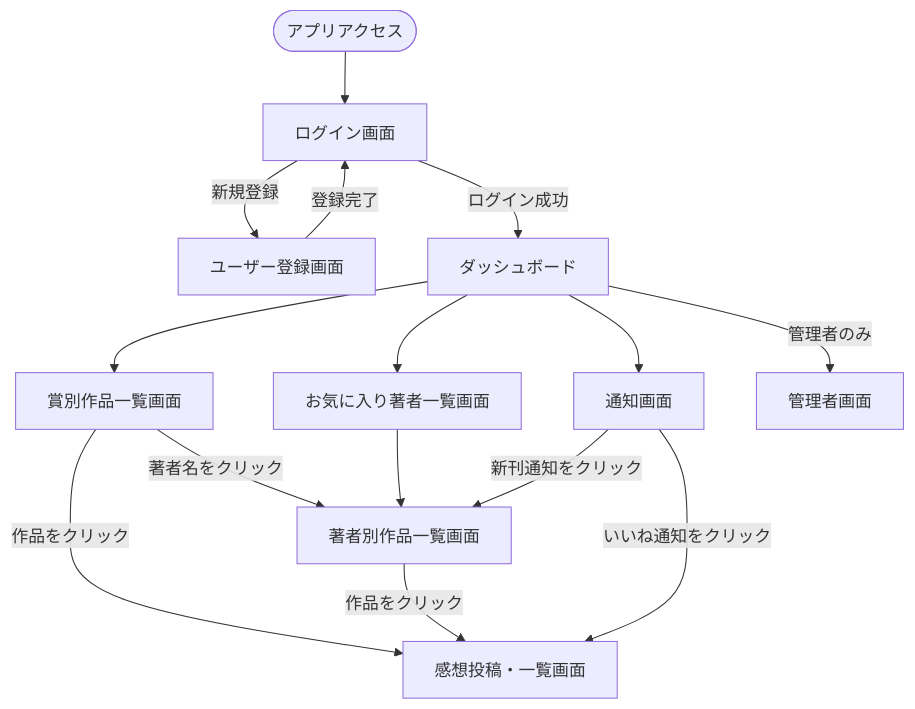
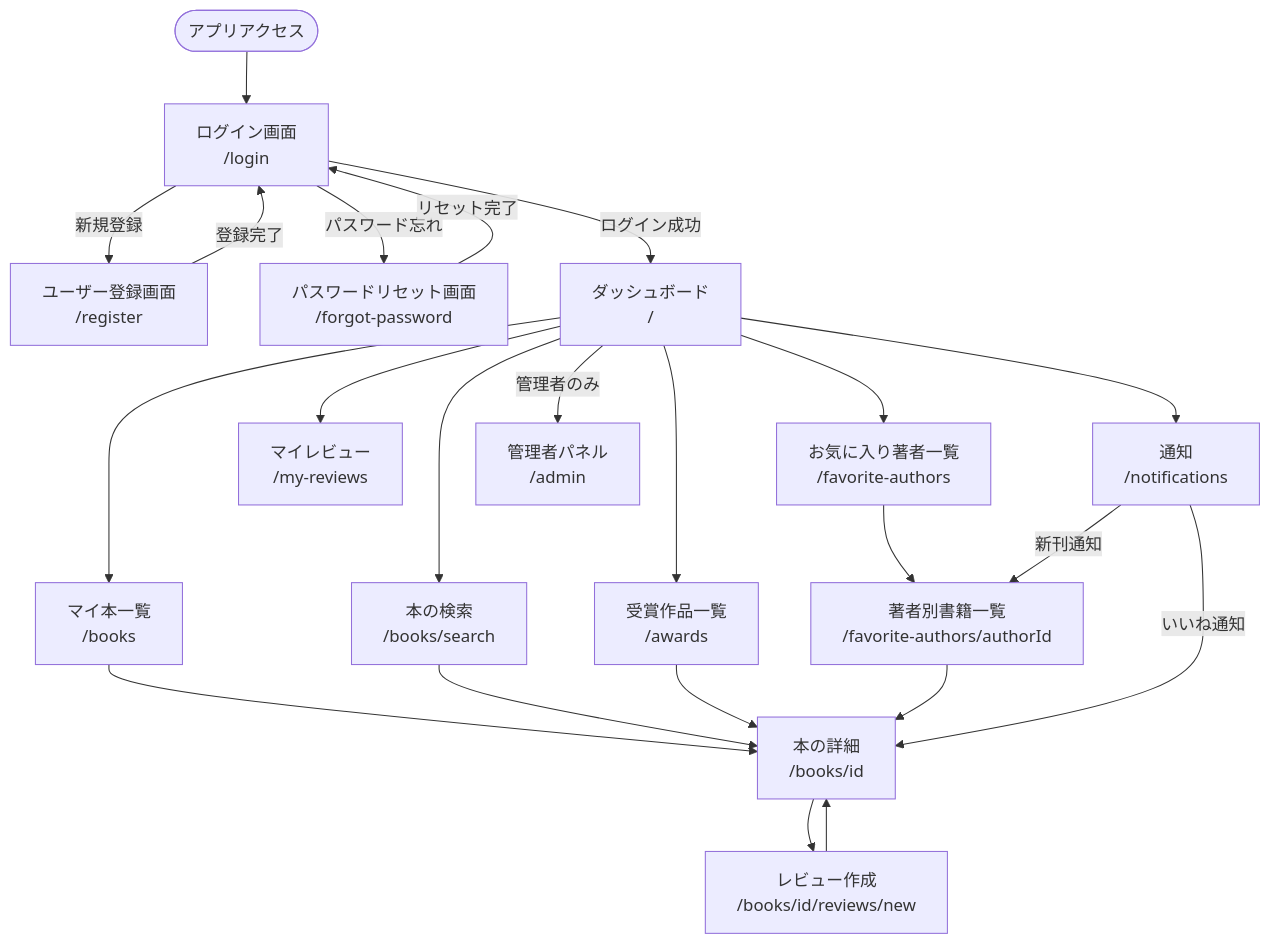
One commit to yamamotonaoki3/MyBookLibrary changed the diagram in docs/screen-transition.md. Above: the diagram before and after it, drawn with Mermaid. The commit also changed other lines of this file and 3 other files, not shown here.

Commit message:
docs: 要件定義書・ER図・画面遷移図・READMEを現状の実装に合わせて更新する

````diff
--- a/docs/screen-transition.md
+++ b/docs/screen-transition.md
@@ -3,22 +3,31 @@
 ```mermaid
 flowchart TD
-    START([アプリアクセス]) --> LOGIN[ログイン画面]
+    START([アプリアクセス]) --> LOGIN[ログイン画面\n/login]
 
-    LOGIN --> |新規登録| REGISTER[ユーザー登録画面]
+    LOGIN --> |新規登録| REGISTER[ユーザー登録画面\n/register]
+    LOGIN --> |パスワード忘れ| FORGOT[パスワードリセット画面\n/forgot-password]
     REGISTER --> |登録完了| LOGIN
-    LOGIN --> |ログイン成功| DASHBOARD[ダッシュボード]
+    FORGOT --> |リセット完了| LOGIN
+    LOGIN --> |ログイン成功| DASHBOARD[ダッシュボード\n/]
 
-    DASHBOARD --> AWARD[賞別作品一覧画面]
-    DASHBOARD --> FAVORITE[お気に入り著者一覧画面]
-    DASHBOARD --> NOTIFY[通知画面]
-    DASHBOARD --> |管理者のみ| ADMIN[管理者画面]
+    DASHBOARD --> BOOKS[マイ本一覧\n/books]
+    DASHBOARD --> SEARCH[本の検索\n/books/search]
+    DASHBOARD --> AWARD[受賞作品一覧\n/awards]
+    DASHBOARD --> FAVORITE[お気に入り著者一覧\n/favorite-authors]
+    DASHBOARD --> MYREVIEWS[マイレビュー\n/my-reviews]
+    DASHBOARD --> NOTIFY[通知\n/notifications]
+    DASHBOARD --> |管理者のみ| ADMIN[管理者パネル\n/admin]
 
-    AWARD --> |作品をクリック| REVIEW[感想投稿・一覧画面]
-    AWARD --> |著者名をクリック| AUTHOR[著者別作品一覧画面]
+    BOOKS --> BOOKDETAIL[本の詳細\n/books/id]
+    SEARCH --> BOOKDETAIL
+    AWARD --> BOOKDETAIL
 
-    FAVORITE --> AUTHOR
-    AUTHOR --> |作品をクリック| REVIEW
+    BOOKDETAIL --> REVIEWNEW[レビュー作成\n/books/id/reviews/new]
+    REVIEWNEW --> BOOKDETAIL
 
-    NOTIFY --> |新刊通知をクリック| AUTHOR
-    NOTIFY --> |いいね通知をクリック| REVIEW
+    FAVORITE --> AUTHORDETAIL[著者別書籍一覧\n/favorite-authors/authorId]
+    AUTHORDETAIL --> BOOKDETAIL
+
+    NOTIFY --> |新刊通知| AUTHORDETAIL
+    NOTIFY --> |いいね通知| BOOKDETAIL
 ```
````
